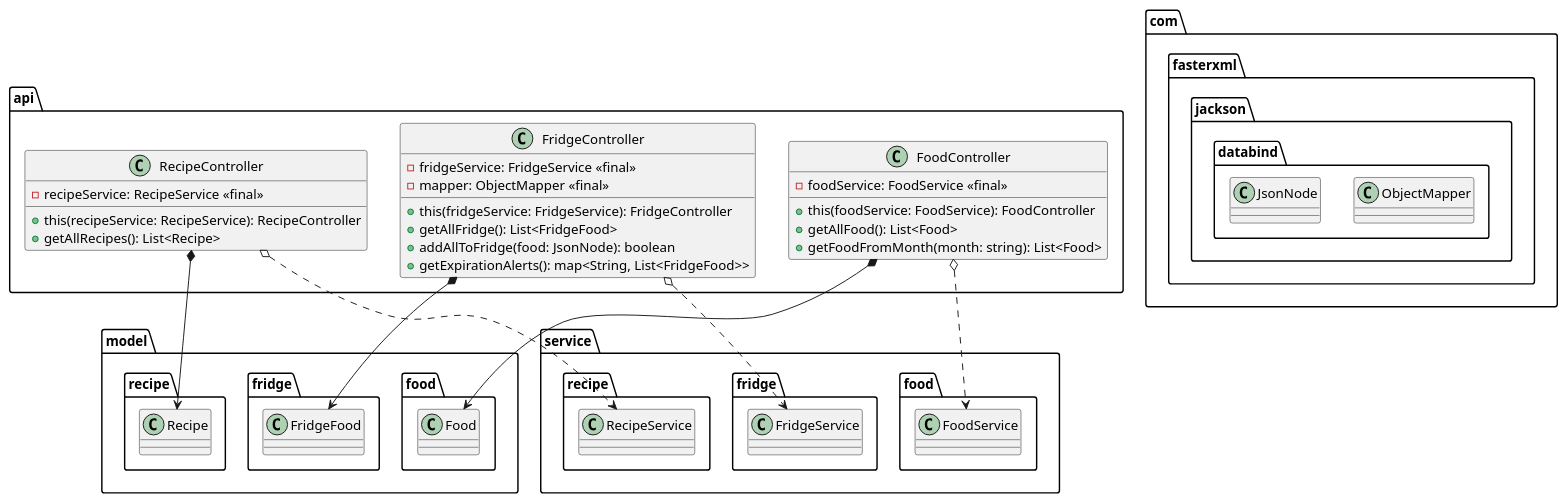
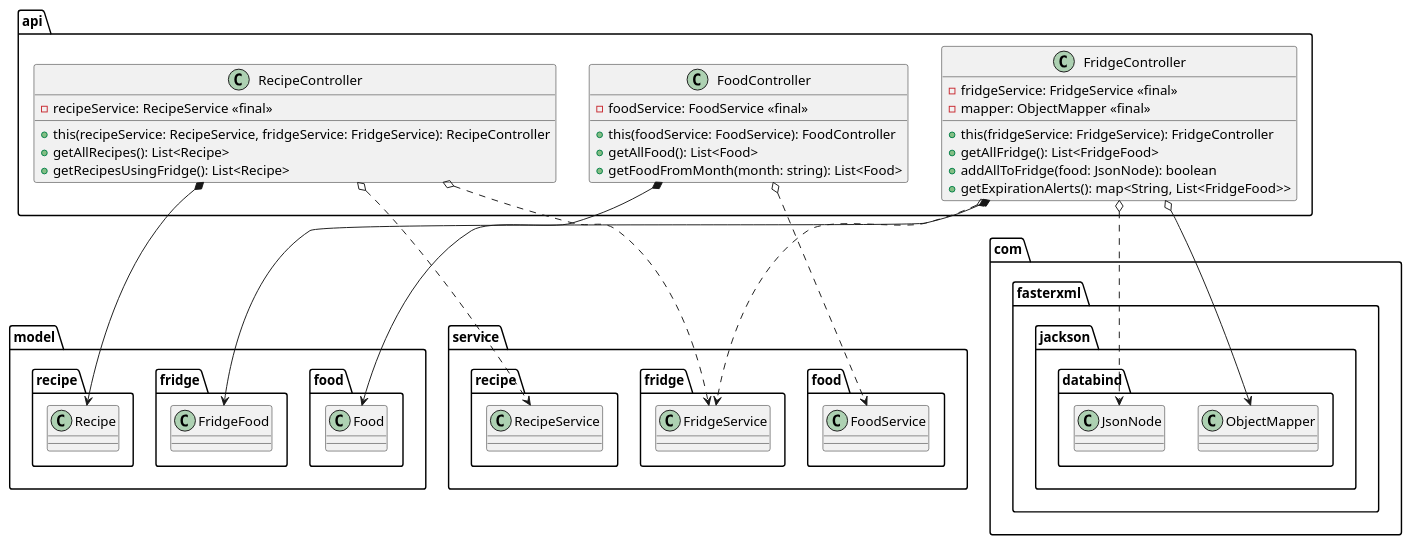
One commit to romainvacheret/wadge-backend changed the diagram in docs/diagram/class/api.puml. Above: the diagram before and after it, drawn with PlantUML. The commit also changed 6 other files, not shown here.

Commit message:
docs: add recipes selection to diagrams

```diff
--- a/docs/diagram/class/api.puml
+++ b/docs/diagram/class/api.puml
@@ -1,66 +1,70 @@
 @startuml api
 
 package model {
     package food {
         class Food {}
     }
 
     package fridge {
         class FridgeFood {}
     }
 
     package recipe {
         class Recipe {}
     }
 }
 
 package com.fasterxml.jackson.databind {
     class ObjectMapper {}
     class JsonNode {}
 }
 
 package service.food {
     class FoodService {}
 }
 
 package service.fridge {
     class FridgeService {}
 }
 
 package service.recipe {
     class RecipeService {}
 }
 
 package api {
     class FoodController {
         - foodService: FoodService <<final>>
         + this(foodService: FoodService): FoodController
         + getAllFood(): List<Food>
         + getFoodFromMonth(month: string): List<Food>
     }
 
     class FridgeController {
         - fridgeService: FridgeService <<final>>
         - mapper: ObjectMapper <<final>>
         + this(fridgeService: FridgeService): FridgeController
         + getAllFridge(): List<FridgeFood>
         + addAllToFridge(food: JsonNode): boolean
         + getExpirationAlerts(): map<String, List<FridgeFood>>
     }
 
     class RecipeController {
         - recipeService: RecipeService <<final>>
-        + this(recipeService: RecipeService): RecipeController
+        + this(recipeService: RecipeService, fridgeService: FridgeService): RecipeController
         + getAllRecipes(): List<Recipe>
+        + getRecipesUsingFridge(): List<Recipe>
     }
 }
 
 FoodController *--> Food
 FoodController o..> FoodService
 
 FridgeController *--> FridgeFood
+FridgeController o--> ObjectMapper
 FridgeController o..> FridgeService
+FridgeController o..> JsonNode
 
 RecipeController *--> Recipe
 RecipeController o..> RecipeService
+RecipeController o..> FridgeService
 @enduml
```
